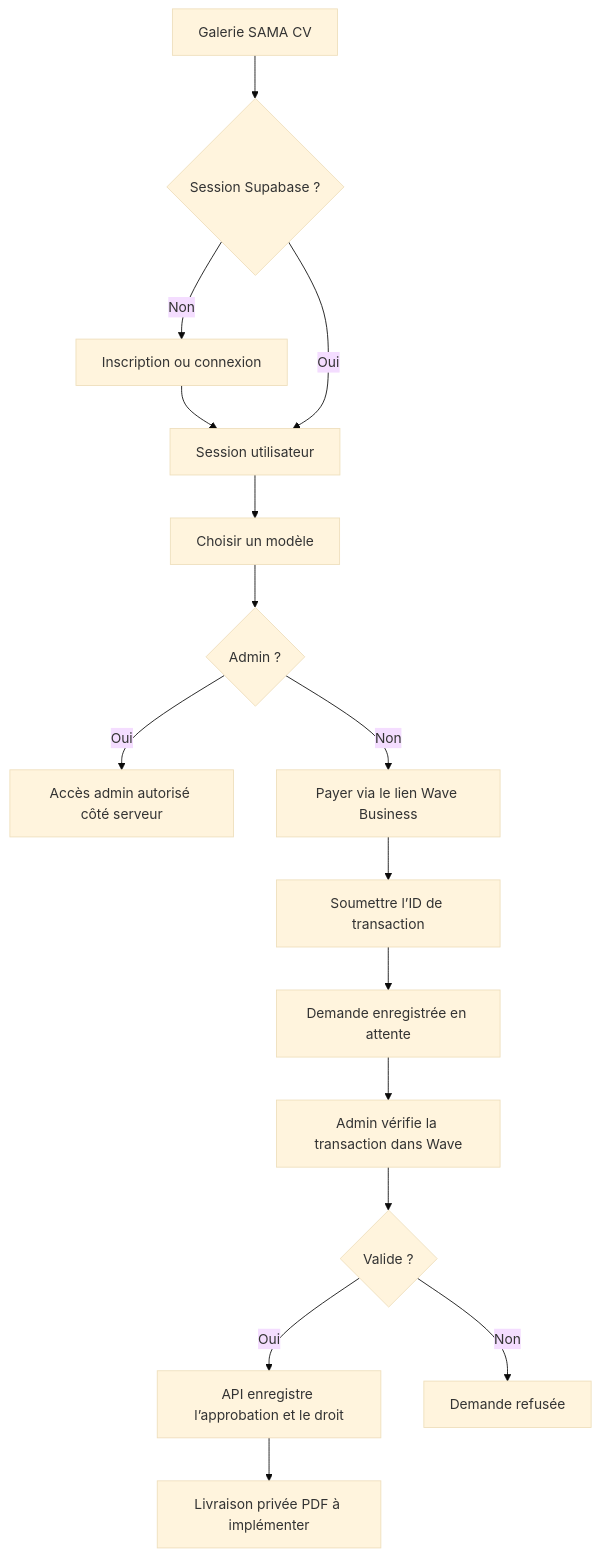
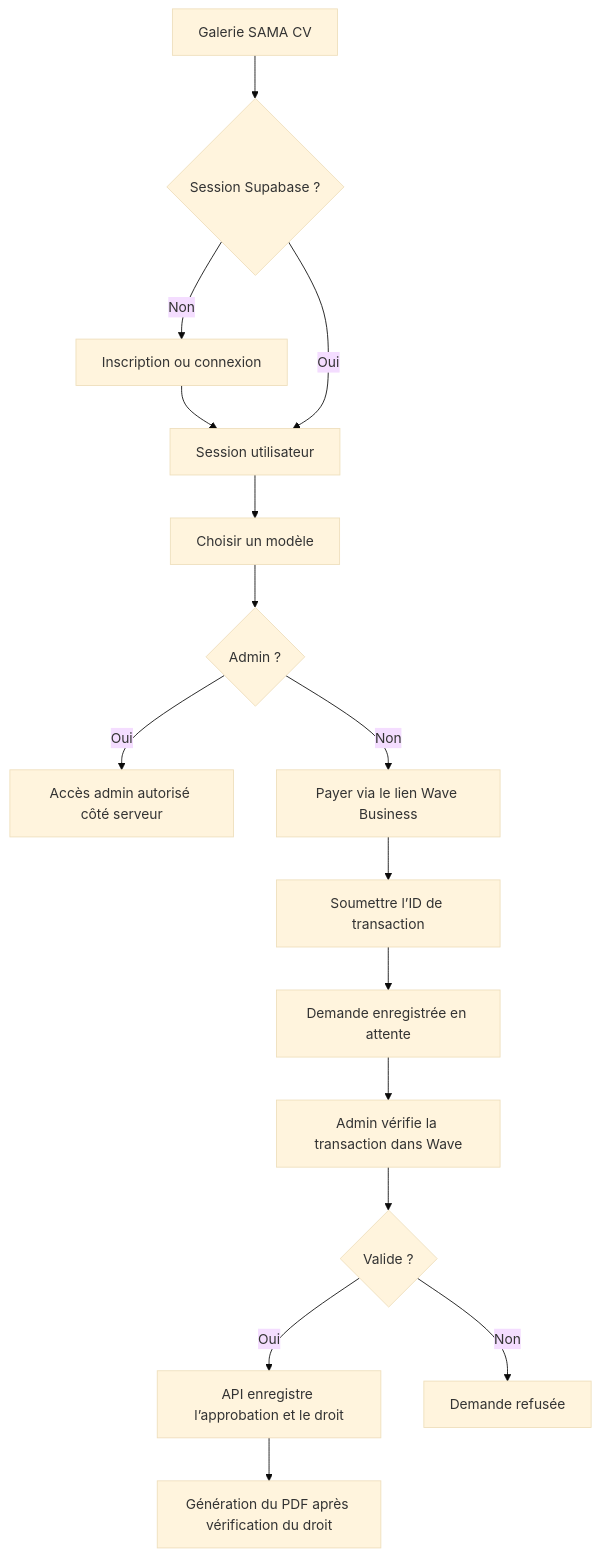
One commit to macalouboubaa-lab/model_CV changed the diagram in ARCHITECTURE.md. Above: the diagram before and after it, drawn with Mermaid (base theme). The commit also changed other lines of this file and 32 other files, not shown here.

````diff
--- a/ARCHITECTURE.md
+++ b/ARCHITECTURE.md
@@ -11,18 +11,18 @@
 ```mermaid
 flowchart TD
   A[Galerie SAMA CV] --> B{Session Supabase ?}
   B -- Non --> C[Inscription ou connexion]
   C --> D[Session utilisateur]
   B -- Oui --> D
   D --> E[Choisir un modèle]
   E --> F{Admin ?}
   F -- Oui --> G[Accès admin autorisé côté serveur]
   F -- Non --> H[Payer via le lien Wave Business]
   H --> I[Soumettre l’ID de transaction]
   I --> J[Demande enregistrée en attente]
   J --> K[Admin vérifie la transaction dans Wave]
   K --> L{Valide ?}
   L -- Oui --> M[API enregistre l’approbation et le droit]
   L -- Non --> N[Demande refusée]
-  M --> O[Livraison privée PDF à implémenter]
+  M --> O[Génération du PDF après vérification du droit]
 ```
````
